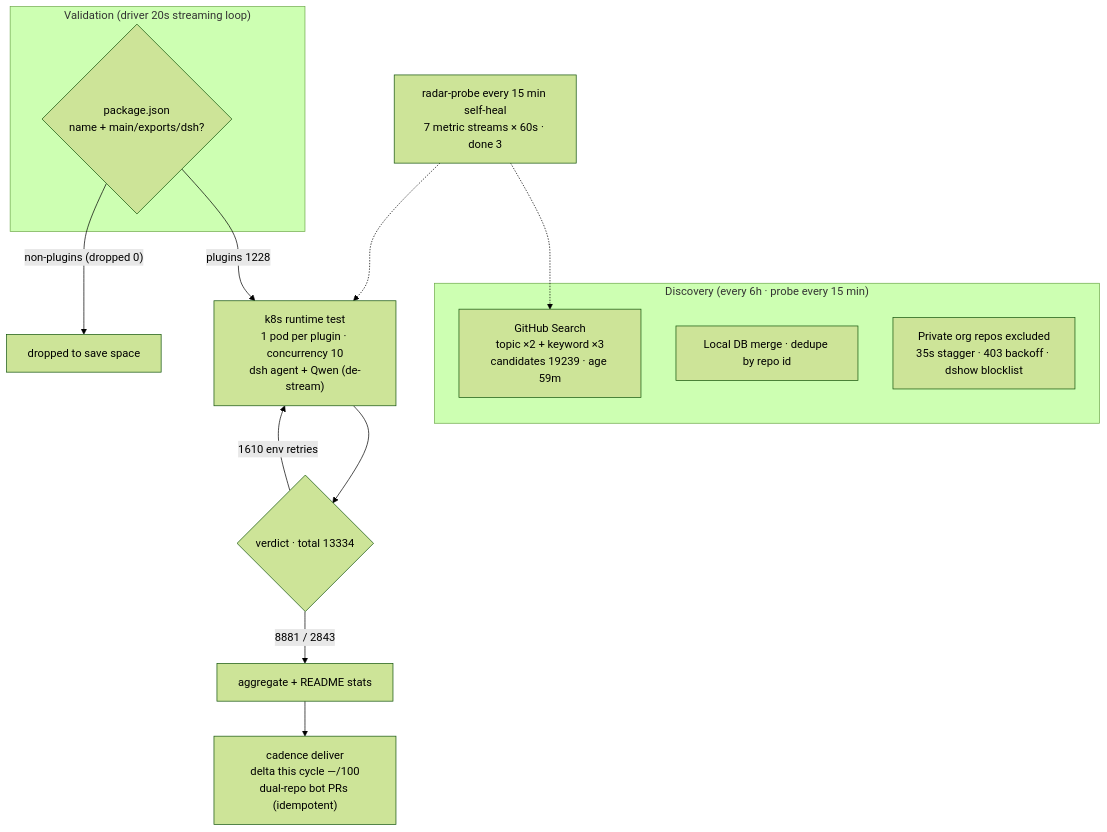
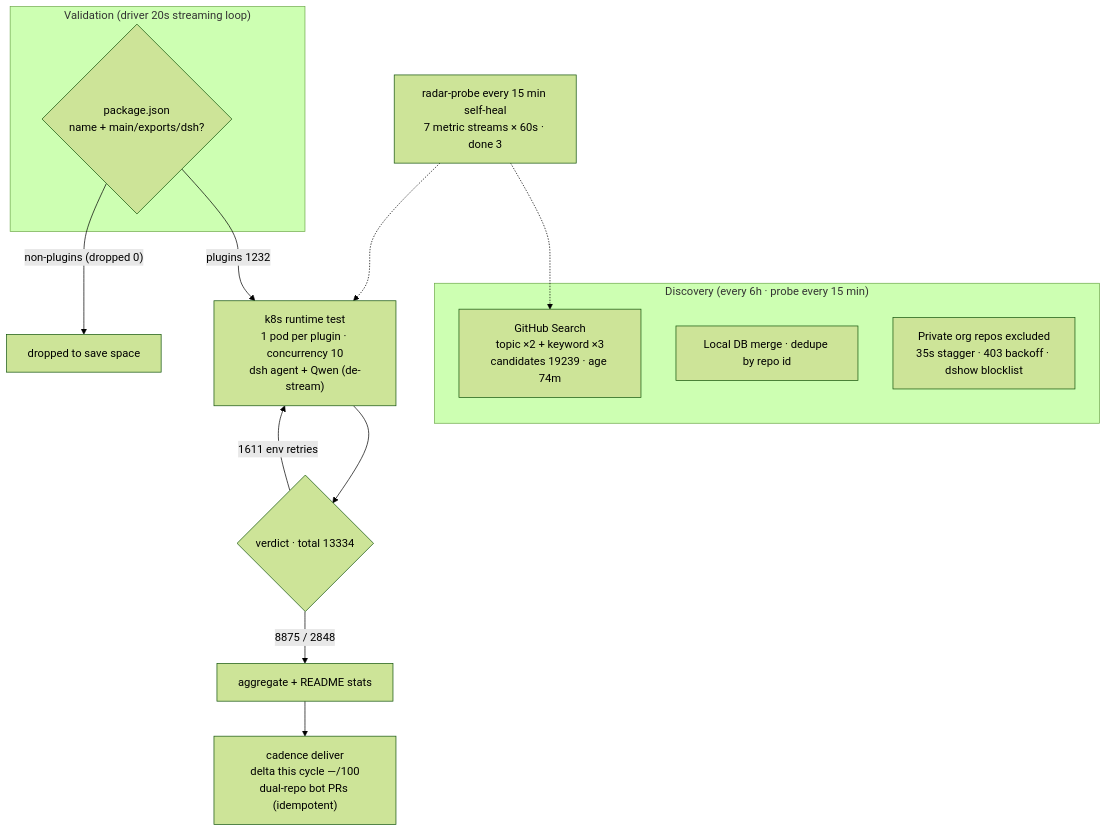
One commit to AdamPlatin123/dsh-plugin-radar changed the diagram in README.en-US.md. Above: the diagram before and after it, drawn with Mermaid (forest theme). The commit also changed other lines of this file and 8 other files, not shown here.

````diff
--- a/README.en-US.md
+++ b/README.en-US.md
@@ -45,20 +45,20 @@
 ```mermaid
 flowchart TB
     subgraph Discovery["Discovery (every 6h · probe every 15 min)"]
-        A1["GitHub Search<br/>topic ×2 + keyword ×3<br/>candidates 19239 · age 59m"]
+        A1["GitHub Search<br/>topic ×2 + keyword ×3<br/>candidates 19239 · age 74m"]
         A2["Local DB merge · dedupe by repo id"]
         A3["Private org repos excluded<br/>35s stagger · 403 backoff · dshow blocklist"]
     end
     subgraph Validation["Validation (driver 20s streaming loop)"]
         B1{"package.json<br/>name + main/exports/dsh?"}
     end
-    B1 -->|"plugins 1228"| C1["k8s runtime test<br/>1 pod per plugin · concurrency 10<br/>dsh agent + Qwen (de-stream)"]
+    B1 -->|"plugins 1232"| C1["k8s runtime test<br/>1 pod per plugin · concurrency 10<br/>dsh agent + Qwen (de-stream)"]
     B1 -->|"non-plugins (dropped 0)"| B3["dropped to save space"]
     C1 --> D1{"verdict · total 13334"}
-    D1 -->|"8881 / 2843"| E1["aggregate + README stats"]
-    D1 -->|"1610 env retries"| C1
+    D1 -->|"8875 / 2848"| E1["aggregate + README stats"]
+    D1 -->|"1611 env retries"| C1
     E1 --> E2["cadence deliver<br/>delta this cycle —/100<br/>dual-repo bot PRs (idempotent)"]
     M["radar-probe every 15 min self-heal<br/>7 metric streams × 60s · done 3"]
     M -.-> A1
     M -.-> C1
 ```
````
